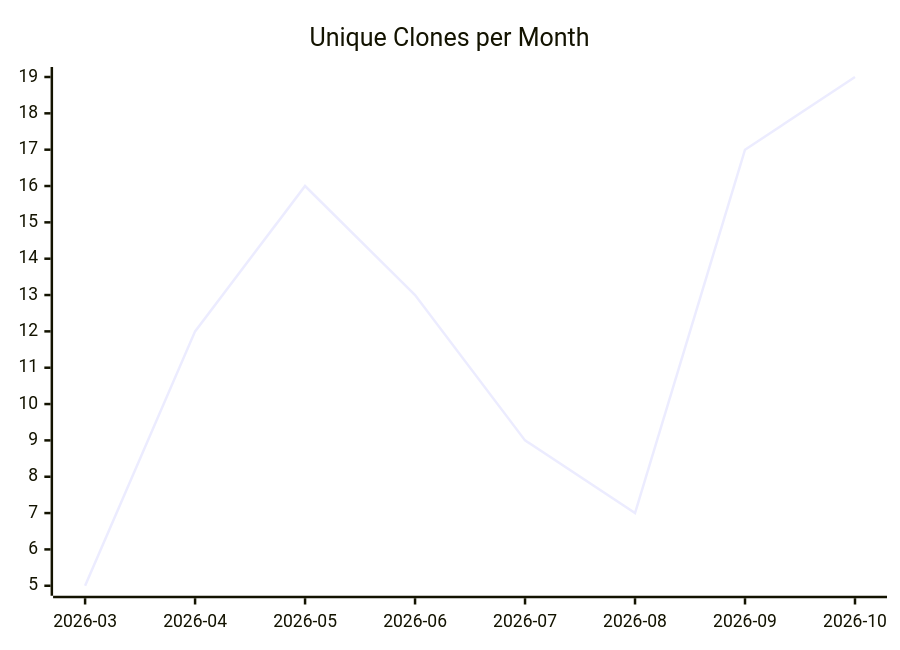
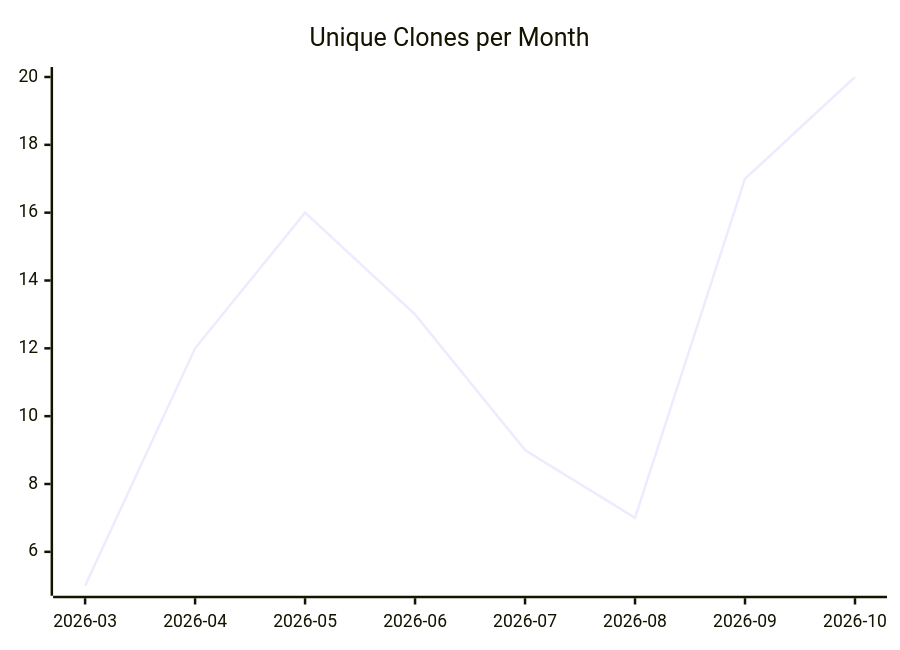
Before and after one commit to justdavis-family/github-analytics-data: the third of 3 diagrams in karlmdavis/justdavis-karl/README.md, drawn with Mermaid. The commit also changed other lines of this file and 200 other files, not shown here.

````diff
--- a/karlmdavis/justdavis-karl/README.md
+++ b/karlmdavis/justdavis-karl/README.md
@@ -19,6 +19,6 @@
 ```mermaid
 xychart-beta
   title "Unique Clones per Month"
   x-axis ["2026-03", "2026-04", "2026-05", "2026-06", "2026-07", "2026-08", "2026-09", "2026-10"]
-  line [5, 12, 16, 13, 9, 7, 17, 19]
+  line [5, 12, 16, 13, 9, 7, 17, 20]
 ```
````
